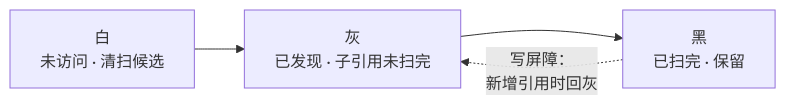
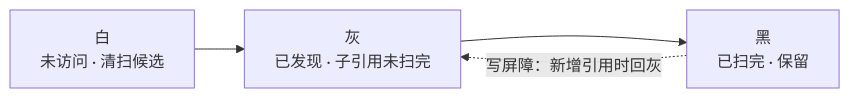
Before and after one commit to ml-cuizijun/LearnToLilith: the third of 5 diagrams in 05-开发能力/03-Go/11-GC内存与逃逸分析/知识点.md, drawn with Mermaid. The commit also changed other lines of this file and 178 other files, not shown here.

````diff
--- a/05-开发能力/03-Go/11-GC内存与逃逸分析/知识点.md
+++ b/05-开发能力/03-Go/11-GC内存与逃逸分析/知识点.md
@@ -300,6 +295,6 @@
 ```mermaid
 flowchart LR
     WHITE["白<br/>未访问 · 清扫候选"] --> GREY["灰<br/>已发现 · 子引用未扫完"]
     GREY --> BLACK["黑<br/>已扫完 · 保留"]
-    BLACK -.->|"写屏障：<br/>新增引用时回灰"| GREY
+    BLACK -.->|"写屏障：新增引用时回灰"| GREY
 ```
````
